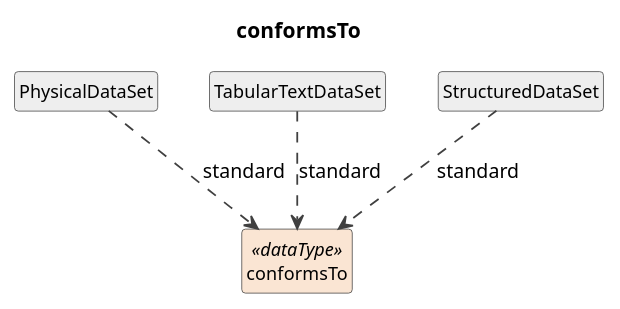
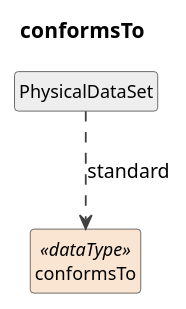
One commit to Cross-Domain-Interoperability-Framework/metadataBuildingBlocks changed the diagram in cdif-uml-model/_plantuml/cdifDataStructure/DataTypes/conformsTo.pu. Above: the diagram before and after it, drawn with PlantUML. The commit also changed 136 other files, not shown here.

First line of the commit message:
Regenerate UML model browser: DataDescription PhysicalDataSet subclasses

```diff
--- a/cdif-uml-model/_plantuml/cdifDataStructure/DataTypes/conformsTo.pu
+++ b/cdif-uml-model/_plantuml/cdifDataStructure/DataTypes/conformsTo.pu
@@ -1,21 +1,17 @@
 @startuml
 title conformsTo
 hide circle
 hide empty members
 skinparam shadowing false
 skinparam ArrowThickness 1.2
 skinparam class {
   ArrowColor #404040
   BorderColor #404040
   FontSize 12
 }
 
 class "conformsTo" as conformsTo <<dataType>> #FAE5D3
 class "PhysicalDataSet" as PhysicalDataSet #EEEEEE
 PhysicalDataSet ..> conformsTo : standard
-class "TabularTextDataSet" as TabularTextDataSet #EEEEEE
-TabularTextDataSet ..> conformsTo : standard
-class "StructuredDataSet" as StructuredDataSet #EEEEEE
-StructuredDataSet ..> conformsTo : standard
 
 @enduml
```
